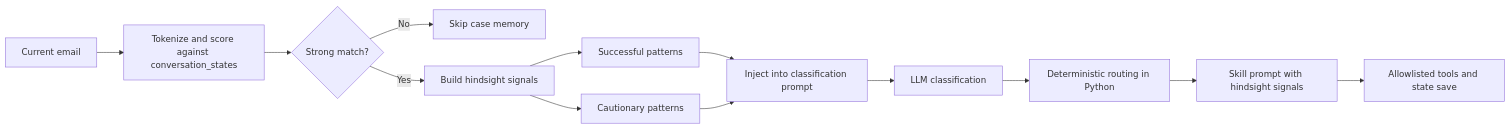
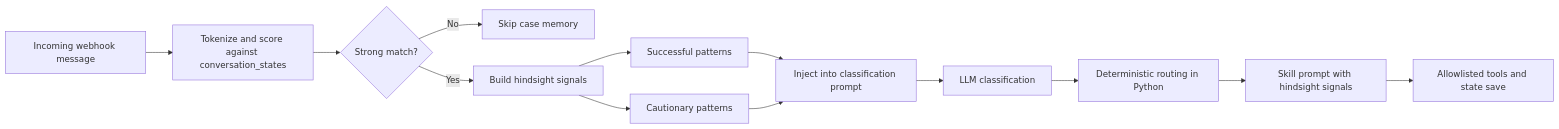
Before and after one commit to Gmasterzhangxinyang/Front-Agent: the second of 2 diagrams in README.md, drawn with Mermaid.

Commit message:
Clarify case memory trigger wording

````diff
--- a/README.md
+++ b/README.md
@@ -52,15 +52,15 @@
 ```mermaid
 flowchart LR
-    A[Current email] --> B[Tokenize and score against conversation_states]
+    A[Incoming webhook message] --> B[Tokenize and score against conversation_states]
     B --> C{Strong match?}
     C -->|No| D[Skip case memory]
     C -->|Yes| E[Build hindsight signals]
     E --> F[Successful patterns]
     E --> G[Cautionary patterns]
     F --> H[Inject into classification prompt]
     G --> H
     H --> I[LLM classification]
     I --> J[Deterministic routing in Python]
     J --> K[Skill prompt with hindsight signals]
     K --> L[Allowlisted tools and state save]
 ```
````
